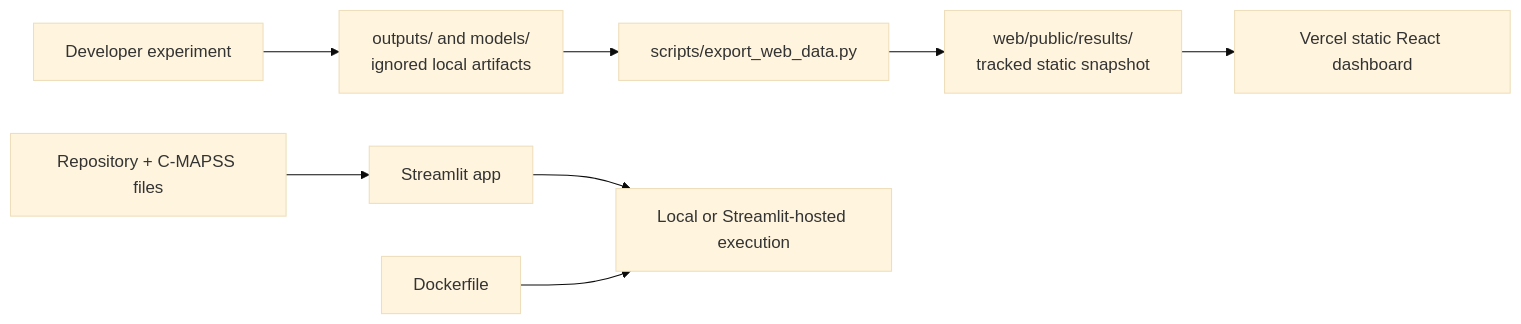
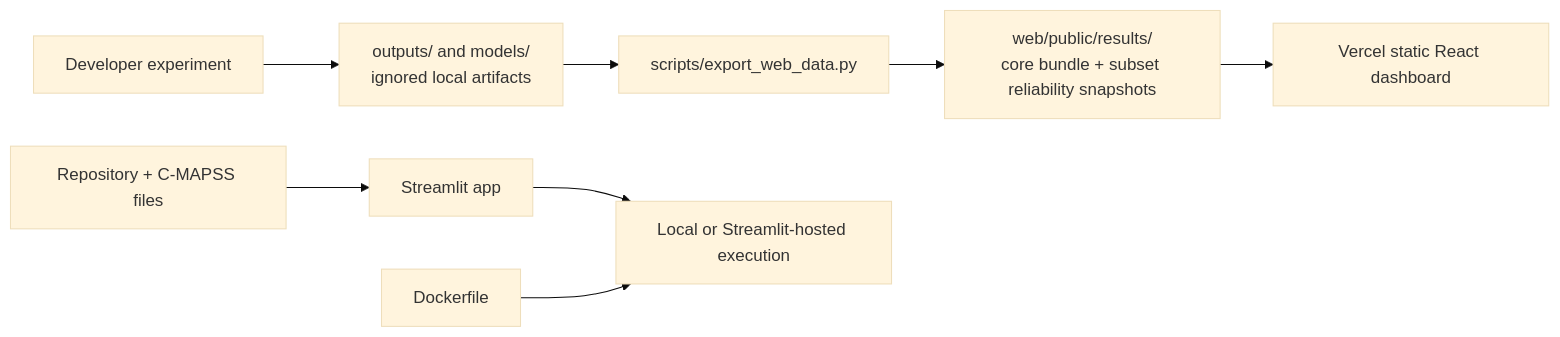
Before and after one commit to shaxntanu/Turbofan-RUL-Prediction-using-LSTM: the third of 3 diagrams in docs/architecture.md, drawn with Mermaid (base theme). The commit also changed other lines of this file, not shown here.

Commit message:
Document lazy reliability data flow

````diff
--- a/docs/architecture.md
+++ b/docs/architecture.md
@@ -86,10 +86,10 @@
 ```mermaid
 flowchart LR
     A[Developer experiment] --> B[outputs/ and models/<br/>ignored local artifacts]
     B --> C[scripts/export_web_data.py]
-    C --> D[web/public/results/<br/>tracked static snapshot]
+    C --> D[web/public/results/<br/>core bundle + subset reliability snapshots]
     D --> E[Vercel static React dashboard]
     F[Repository + C-MAPSS files] --> G[Streamlit app]
     G --> H[Local or Streamlit-hosted execution]
     I[Dockerfile] --> H
 ```
````
